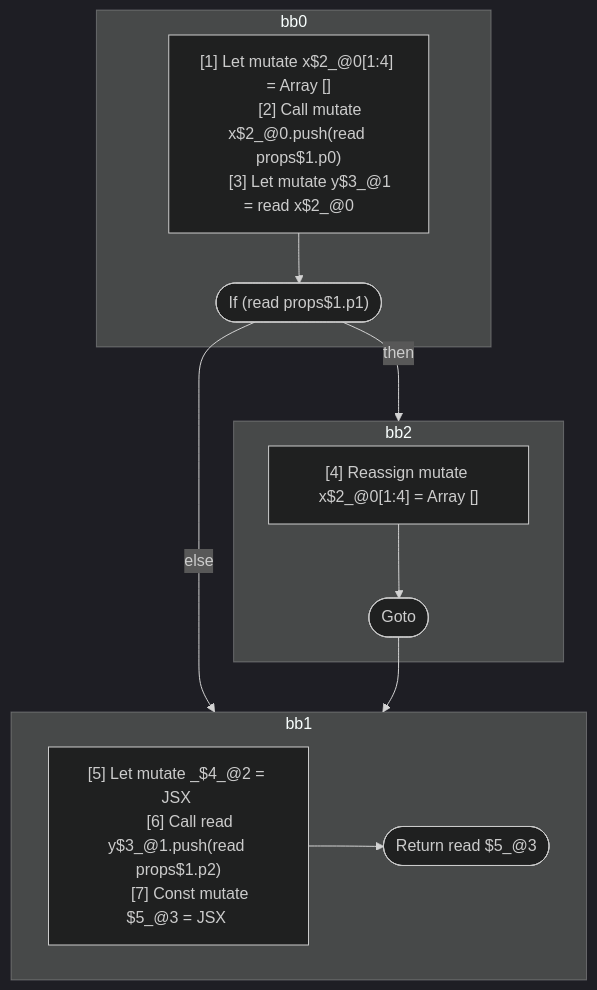
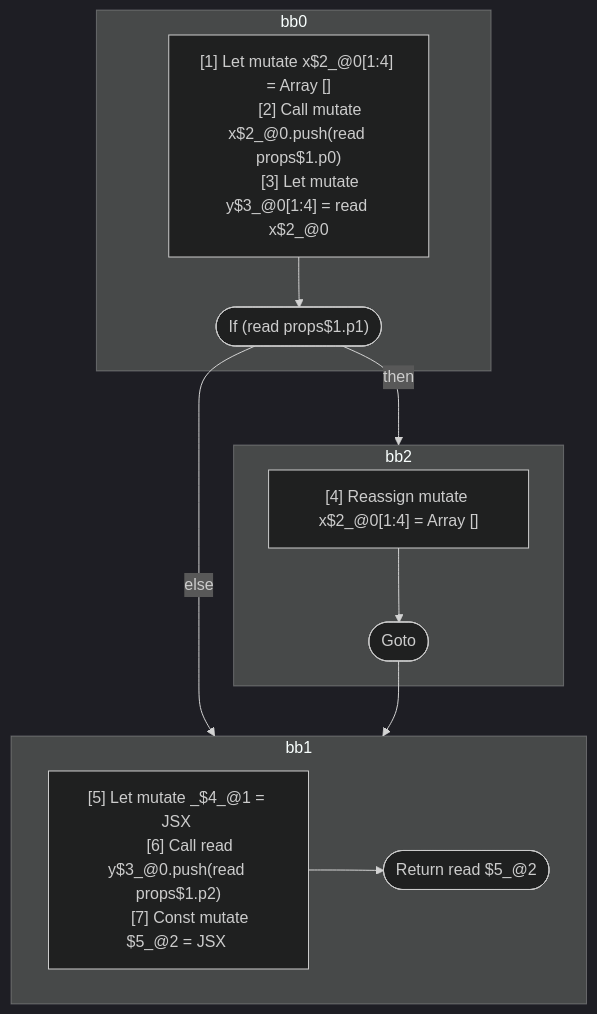
One commit to wutsmog/private changed the diagram in compiler/forget/src/__tests__/fixtures/hir/reassignment-conditional.expect.md. Above: the diagram before and after it, drawn with Mermaid (dark theme). The commit also changed other lines of this file and 13 other files, not shown here.

````diff
--- a/compiler/forget/src/__tests__/fixtures/hir/reassignment-conditional.expect.md
+++ b/compiler/forget/src/__tests__/fixtures/hir/reassignment-conditional.expect.md
@@ -44,32 +44,32 @@
 ```mermaid
 flowchart TB
   %% Basic Blocks
   subgraph bb0
     bb0_instrs["
       [1] Let mutate x$2_@0[1:4] = Array []
       [2] Call mutate x$2_@0.push(read props$1.p0)
-      [3] Let mutate y$3_@1 = read x$2_@0
+      [3] Let mutate y$3_@0[1:4] = read x$2_@0
     "]
     bb0_instrs --> bb0_terminal(["If (read props$1.p1)"])
   end
   subgraph bb2
     bb2_instrs["
       [4] Reassign mutate x$2_@0[1:4] = Array []
     "]
     bb2_instrs --> bb2_terminal(["Goto"])
   end
   subgraph bb1
     bb1_instrs["
-      [5] Let mutate _$4_@2 = JSX <read Component$0 x={freeze x$2_@0} ></read Component$0>
-      [6] Call read y$3_@1.push(read props$1.p2)
-      [7] Const mutate $5_@3 = JSX <read Component$0 x={read x$2_@0} y={read y$3_@1} ></read Component$0>
+      [5] Let mutate _$4_@1 = JSX <read Component$0 x={freeze x$2_@0} ></read Component$0>
+      [6] Call read y$3_@0.push(read props$1.p2)
+      [7] Const mutate $5_@2 = JSX <read Component$0 x={read x$2_@0} y={read y$3_@0} ></read Component$0>
     "]
-    bb1_instrs --> bb1_terminal(["Return read $5_@3"])
+    bb1_instrs --> bb1_terminal(["Return read $5_@2"])
   end
 
   %% Jumps
   bb0_terminal -- "then" --> bb2
   bb0_terminal -- "else" --> bb1
   bb2_terminal --> bb1
 
 ```
````
